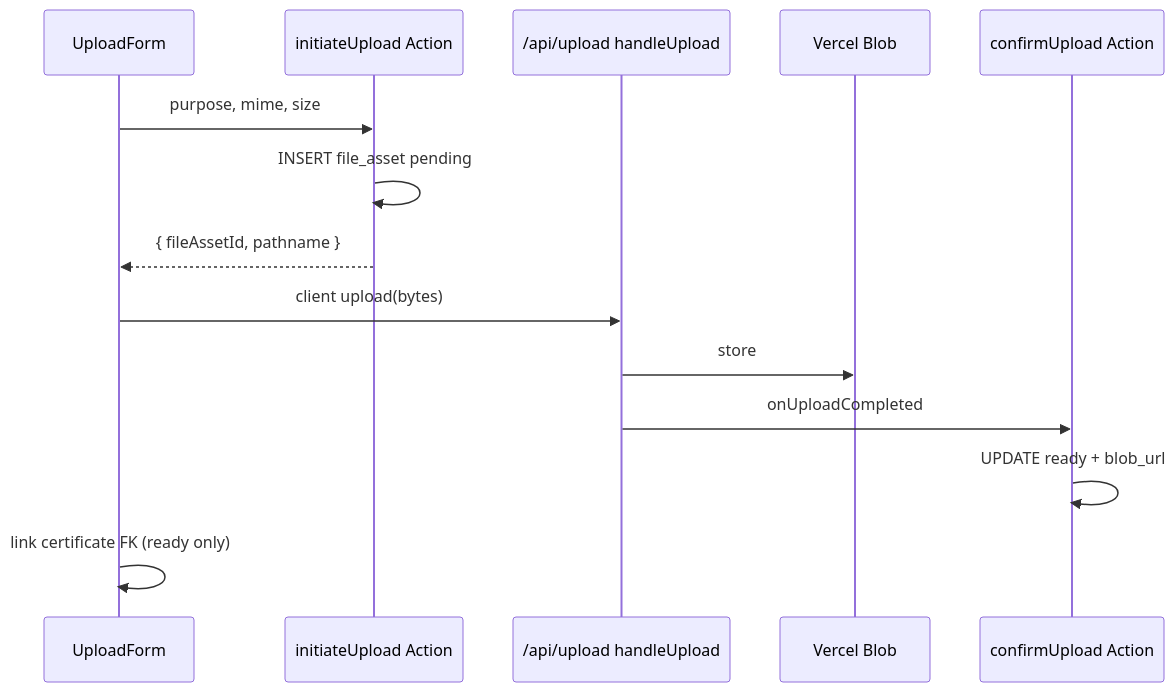
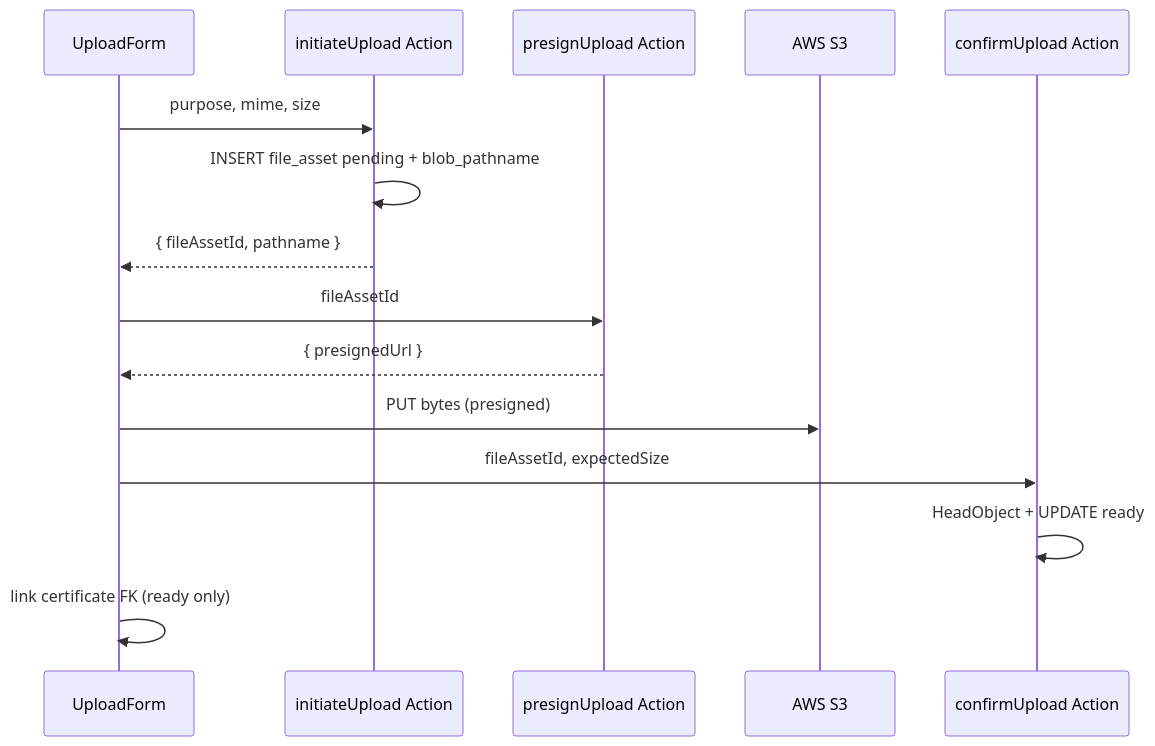
The diagram in docs/implementation/mvp/contracts/file_upload_contract.md (stallev/fitapp), drawn with Mermaid before and after one commit. The commit also changed other lines of this file and 52 other files, not shown here.

````diff
--- a/docs/implementation/mvp/contracts/file_upload_contract.md
+++ b/docs/implementation/mvp/contracts/file_upload_contract.md
@@ -55,17 +63,18 @@
 ```mermaid
 sequenceDiagram
   participant UI as UploadForm
   participant IA as initiateUpload Action
-  participant RH as /api/upload handleUpload
-  participant Blob as Vercel Blob
+  participant PS as presignUpload Action
+  participant S3 as AWS S3
   participant CA as confirmUpload Action
 
   UI->>IA: purpose, mime, size
-  IA->>IA: INSERT file_asset pending
+  IA->>IA: INSERT file_asset pending + blob_pathname
   IA-->>UI: { fileAssetId, pathname }
-  UI->>RH: client upload(bytes)
-  RH->>Blob: store
-  RH->>CA: onUploadCompleted
-  CA->>CA: UPDATE ready + blob_url
+  UI->>PS: fileAssetId
+  PS-->>UI: { presignedUrl }
+  UI->>S3: PUT bytes (presigned)
+  UI->>CA: fileAssetId, expectedSize
+  CA->>CA: HeadObject + UPDATE ready
   UI->>UI: link certificate FK (ready only)
 ```
````
